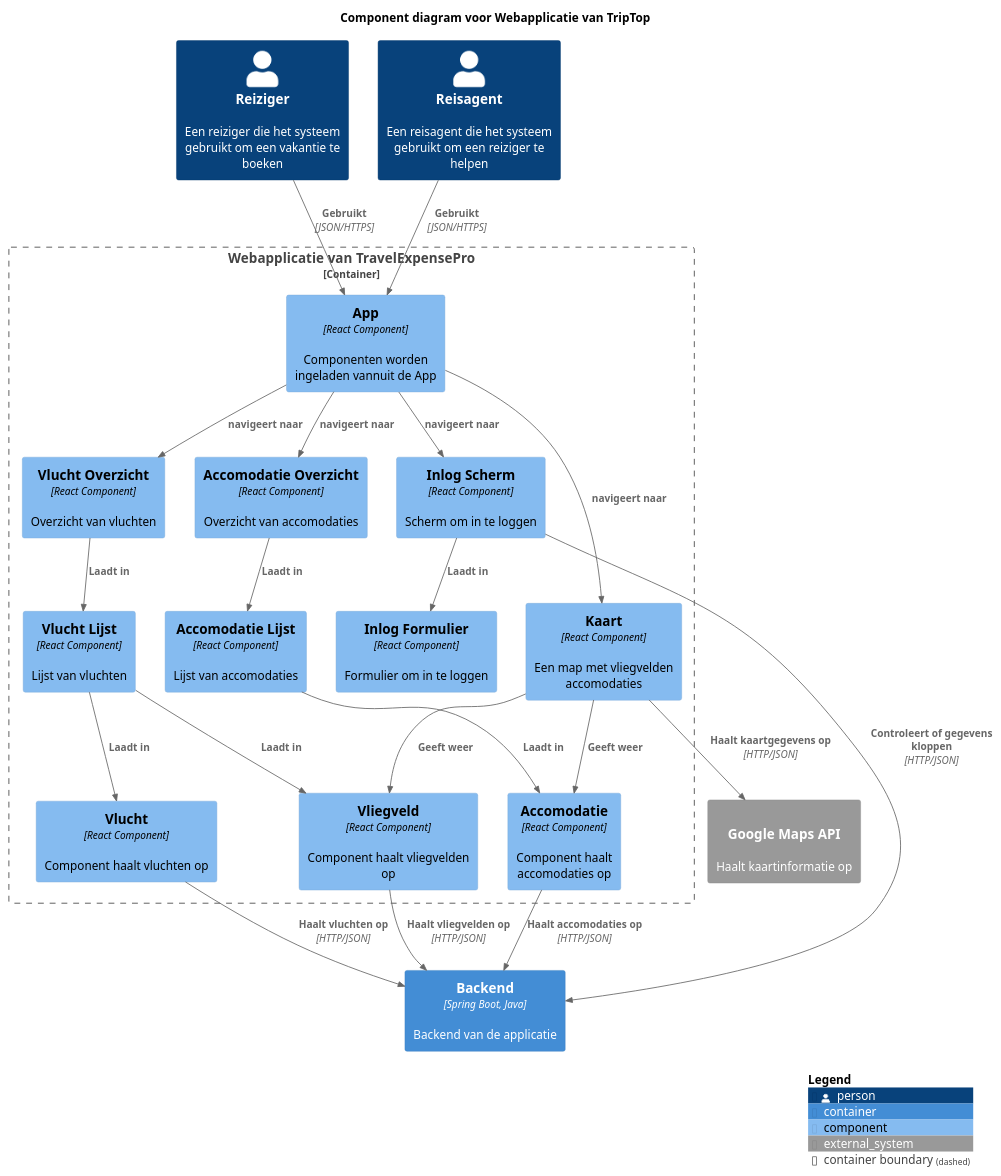
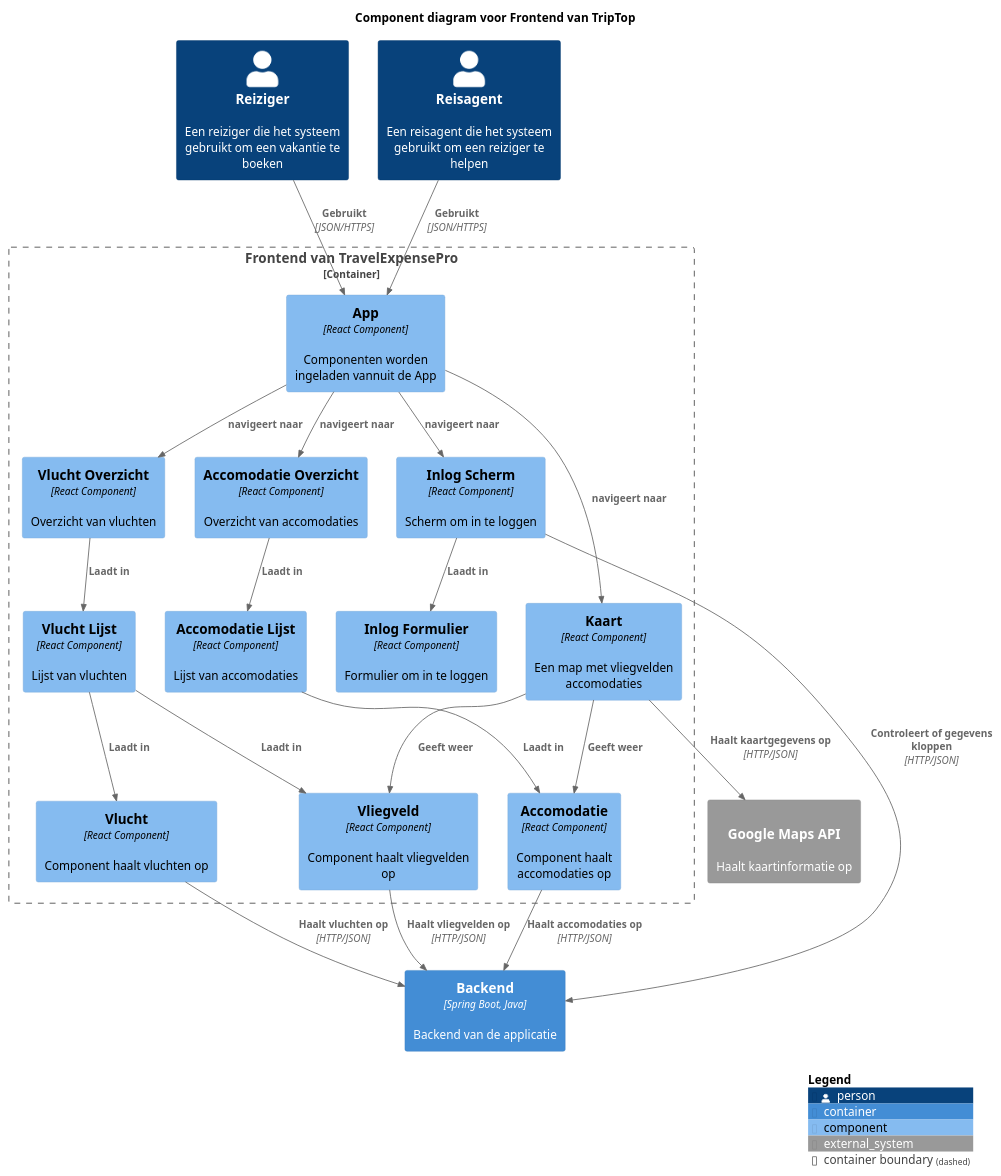
One commit to AIM-ENE-feb25/triptop-groep-b4 changed the diagram in C4_diagrammen/componentDiagramFrontEnd.puml. Above: the diagram before and after it, drawn with PlantUML.

```diff
--- a/C4_diagrammen/componentDiagramFrontEnd.puml
+++ b/C4_diagrammen/componentDiagramFrontEnd.puml
@@ -1,50 +1,50 @@
 @startuml
 !include https://raw.githubusercontent.com/plantuml-stdlib/C4-PlantUML/master/C4_Component.puml
 ' uncomment the following line and comment the first to use locally
 ' !include C4_Component.puml
 
 LAYOUT_WITH_LEGEND()
 
-title Component diagram voor Webapplicatie van TripTop
+title Component diagram voor Frontend van TripTop
 
 Person(Reiziger, "Reiziger", "Een reiziger die het systeem gebruikt om een vakantie te boeken")
 Person(Reisagent, "Reisagent", "Een reisagent die het systeem gebruikt om een reiziger te helpen")
 
-Container_Boundary(api, "Webapplicatie van TravelExpensePro") {
+Container_Boundary(api, "Frontend van TravelExpensePro") {
     Component(App, "App", "React Component", "Componenten worden ingeladen vannuit de App")
     Component(InlogScherm, "Inlog Scherm", "React Component", "Scherm om in te loggen")
     Component(InlogFormulier, "Inlog Formulier", "React Component", "Formulier om in te loggen")
     Component(Kaart, "Kaart", "React Component", "Een map met vliegvelden accomodaties")
     Component(AccomodatieOverzicht, "Accomodatie Overzicht", "React Component", "Overzicht van accomodaties")
     Component(AccomodatieLijst, "Accomodatie Lijst", "React Component", "Lijst van accomodaties")
     Component(Accomodatie, "Accomodatie", "React Component", "Component haalt accomodaties op")
     Component(VluchtOverzicht, "Vlucht Overzicht", "React Component", "Overzicht van vluchten")
     Component(VluchtLijst, "Vlucht Lijst", "React Component", "Lijst van vluchten")
     Component(Vlucht, "Vlucht", "React Component", "Component haalt vluchten op")
     Component(Vliegveld, "Vliegveld", "React Component", "Component haalt vliegvelden op")
 
     Rel(Reiziger, App, "Gebruikt", "JSON/HTTPS")
     Rel(Reisagent, App, "Gebruikt", "JSON/HTTPS")
     Rel(App, InlogScherm, "navigeert naar")
     Rel(App, Kaart, "navigeert naar")
     Rel(App, AccomodatieOverzicht, "navigeert naar")
     Rel(InlogScherm, InlogFormulier, "Laadt in")
     Rel(AccomodatieOverzicht, AccomodatieLijst, "Laadt in")
     Rel(AccomodatieLijst, Accomodatie, "Laadt in")
     Rel(Kaart, Accomodatie, "Geeft weer")
     Rel(Kaart, Vliegveld, "Geeft weer")
     Rel(App, VluchtOverzicht, "navigeert naar")
     Rel(VluchtOverzicht, VluchtLijst, "Laadt in")
     Rel(VluchtLijst, Vlucht, "Laadt in")
     Rel(VluchtLijst, Vliegveld, "Laadt in")
 }
 
 Container(backend, "Backend", "Spring Boot, Java", "Backend van de applicatie")
 System_Ext(GoogleMapsAPI, "Google Maps API", "Haalt kaartinformatie op", "HTTP/JSON")
 Rel(InlogScherm, backend, "Controleert of gegevens kloppen", "HTTP/JSON")
 Rel(Accomodatie, backend, "Haalt accomodaties op", "HTTP/JSON")
 Rel(Vlucht, backend, "Haalt vluchten op", "HTTP/JSON")
 Rel(Vliegveld, backend, "Haalt vliegvelden op", "HTTP/JSON")
 Rel(Kaart, GoogleMapsAPI, "Haalt kaartgegevens op", "HTTP/JSON")
 SHOW_LEGEND()
 @enduml
```
